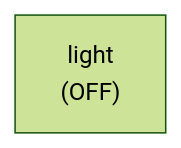
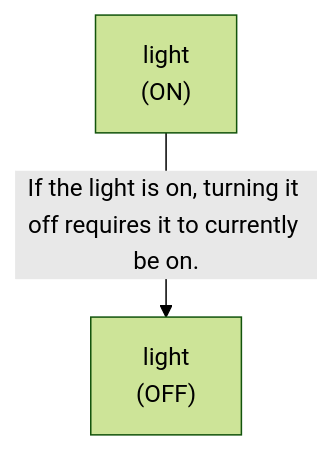
Before and after one commit to scuama/virtualhome: the second of 3 diagrams in evaluation/results/table1/robostate/instruction_type/sentence_wise/G1_04/run_T1_INST_G1_04_sentence_wise.md, drawn with Mermaid (forest theme). The commit also changed other lines of this file and 133 other files, not shown here.

````diff
--- a/evaluation/results/table1/robostate/instruction_type/sentence_wise/G1_04/run_T1_INST_G1_04_sentence_wise.md
+++ b/evaluation/results/table1/robostate/instruction_type/sentence_wise/G1_04/run_T1_INST_G1_04_sentence_wise.md
@@ -100,4 +102,6 @@
 ```mermaid
 graph TD
-    N1["light<br>(OFF)"]
+    N1["light<br>(ON)"]
+    N2["light<br>(OFF)"]
+    N1 -->|"If the light is on, turning it off requires it to currently be on."| N2
 ```
````
